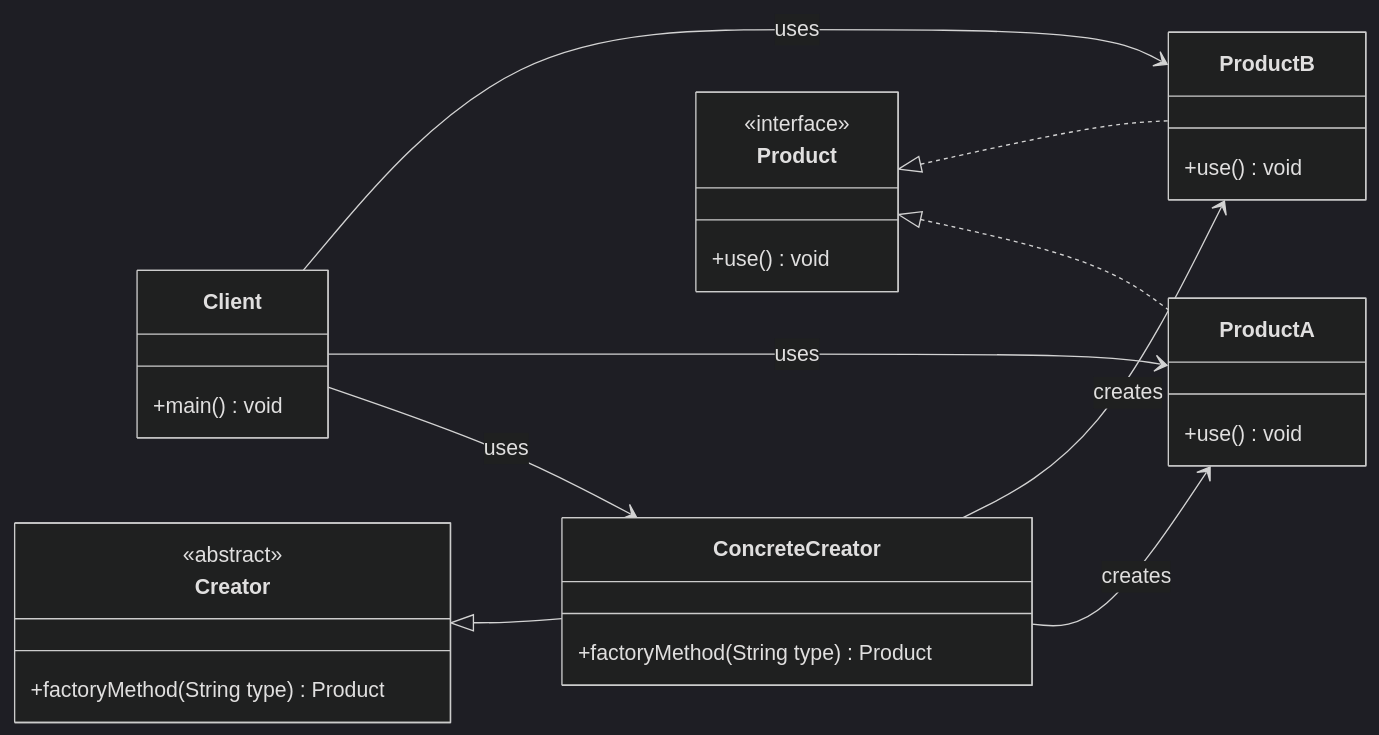
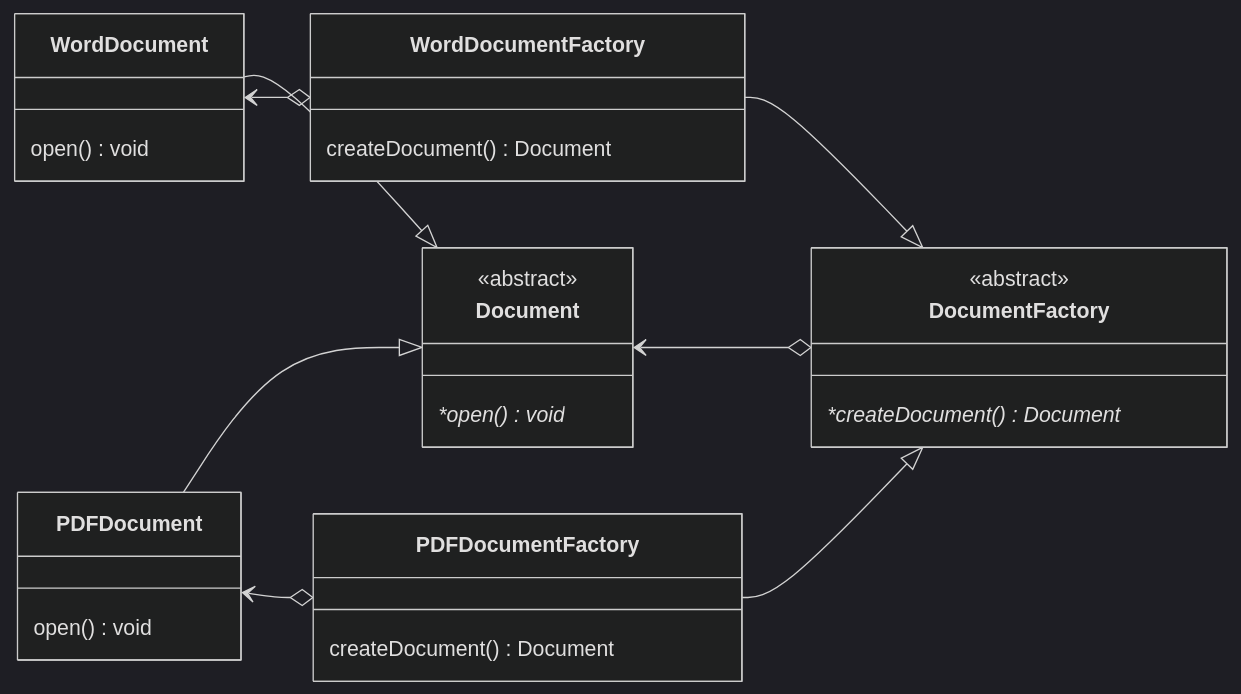
One commit to manigolara/notes-v2 changed the second of 5 diagrams in _DESIGN-PATTERNS/1. Creational.md. Above: the diagram before and after it, drawn with Mermaid (dark theme). The commit also changed other lines of this file and 12 other files, not shown here.

````diff
--- a/_DESIGN-PATTERNS/1. Creational.md
+++ b/_DESIGN-PATTERNS/1. Creational.md
@@ -43,41 +48,40 @@
     ```mermaid
     classDiagram
-        direction LR
+    direction RL
 
-        class Client {
-            +main() void
-        }
+    class DocumentFactory {
+        <<abstract>>
+        *createDocument()* Document
+    }
 
-        class Creator {
-            <<abstract>>
-            +factoryMethod(String type) Product
-        }
+    class WordDocumentFactory {
+        createDocument() Document
+    }
 
-        class ConcreteCreator {
-            +factoryMethod(String type) Product
-        }
+    class PDFDocumentFactory {
+        createDocument() Document
+    }
+    
+    class Document {
+        <<abstract>>
+        *open()* void
+    }
 
-        class Product {
-            <<interface>>
-            +use() void
-        }
+    class WordDocument {
+        open() void
+    }
 
-        class ProductA {
-            +use() void
-        }
+    class PDFDocument {
+        open() void
+    }
 
-        class ProductB {
-            +use() void
-        }
+    Document <|-- WordDocument
+    Document <|-- PDFDocument
 
-        Creator <|-- ConcreteCreator
-        Product <|.. ProductA
-        Product <|.. ProductB
-        ConcreteCreator --> ProductA : creates
-        ConcreteCreator --> ProductB : creates
-        Client --> ConcreteCreator : uses
+    DocumentFactory <|-- WordDocumentFactory
+    DocumentFactory <|-- PDFDocumentFactory
 
-        %% Illustrating client interaction with specific products
-        Client --> ProductA : uses
-        Client --> ProductB : uses
+    DocumentFactory o--> Document
+    WordDocumentFactory o--> WordDocument
+    PDFDocumentFactory o--> PDFDocument
     ```
````
